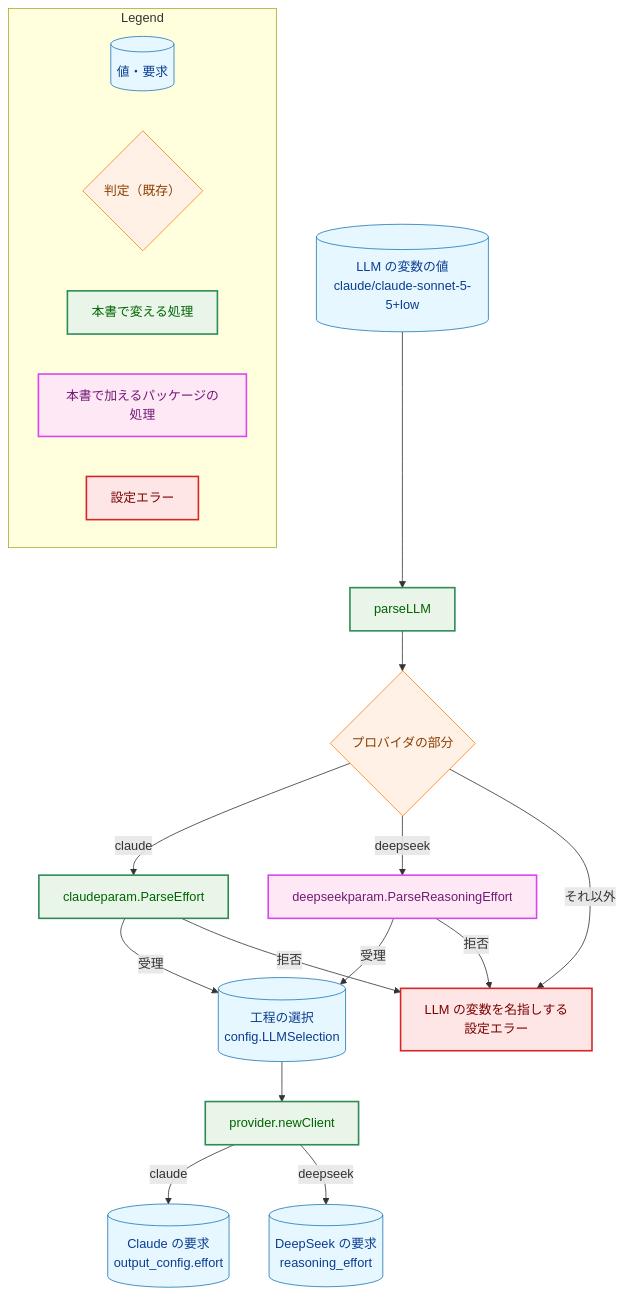
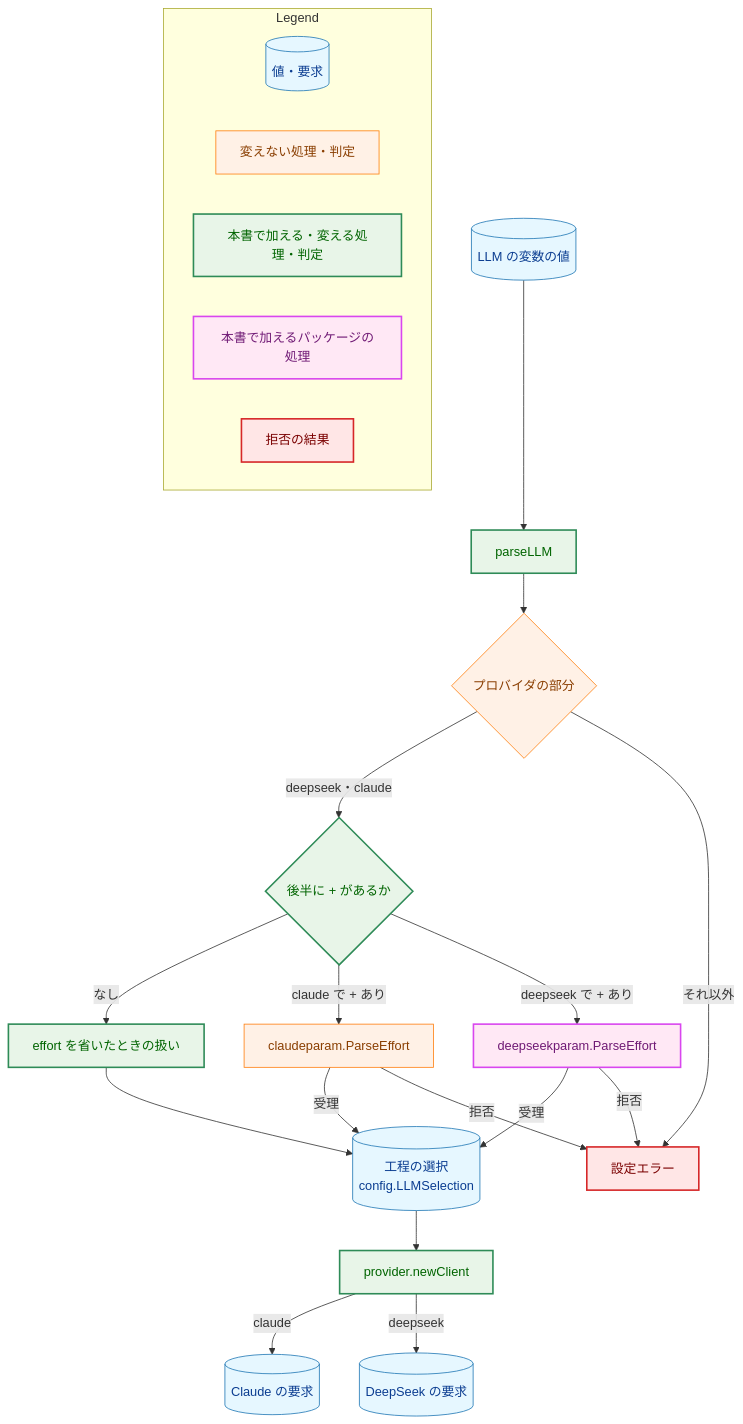
One commit to isseis/yt2column changed the first of 5 diagrams in docs/tasks/0051_llm_effort/02_architecture.md. Above: the diagram before and after it, drawn with Mermaid. The commit also changed other lines of this file, not shown here.

First line of the commit message:
docs(0051): apply the architecture and prose review fixes

````diff
--- a/docs/tasks/0051_llm_effort/02_architecture.md
+++ b/docs/tasks/0051_llm_effort/02_architecture.md
@@ -58,51 +61,56 @@
 ```mermaid
 flowchart TD
     classDef data fill:#e6f7ff,stroke:#1f77b4,stroke-width:1px,color:#0b3d91;
     classDef process fill:#fff1e6,stroke:#ff7f0e,stroke-width:1px,color:#8a3e00;
     classDef enhanced fill:#e8f5e8,stroke:#2e8b57,stroke-width:2px,color:#006400;
     classDef newpkg fill:#ffe8f5,stroke:#d946ef,stroke-width:2px,color:#701a75;
     classDef problem fill:#ffe6e6,stroke:#d62728,stroke-width:2px,color:#7b0000;
 
-    VAL[("LLM の変数の値<br>claude/claude-sonnet-5-5+low")]
+    VAL[("LLM の変数の値")]
     PARSE["parseLLM"]
     PROV{"プロバイダの部分"}
+    HASPLUS{"後半に + があるか"}
     CPARAM["claudeparam.ParseEffort"]
-    DPARAM["deepseekparam.ParseReasoningEffort"]
+    DPARAM["deepseekparam.ParseEffort"]
+    OMIT["effort を省いたときの扱い"]
     SEL[("工程の選択<br>config.LLMSelection")]
-    ERR["LLM の変数を名指しする<br>設定エラー"]
+    ERR["設定エラー"]
     BUILD["provider.newClient"]
-    CREQ[("Claude の要求<br>output_config.effort")]
-    DREQ[("DeepSeek の要求<br>reasoning_effort")]
+    CREQ[("Claude の要求")]
+    DREQ[("DeepSeek の要求")]
 
     VAL --> PARSE
     PARSE --> PROV
-    PROV -->|"claude"| CPARAM
-    PROV -->|"deepseek"| DPARAM
+    PROV -->|"deepseek・claude"| HASPLUS
     PROV -->|"それ以外"| ERR
+    HASPLUS -->|"なし"| OMIT
+    HASPLUS -->|"claude で + あり"| CPARAM
+    HASPLUS -->|"deepseek で + あり"| DPARAM
+    OMIT --> SEL
     CPARAM -->|"受理"| SEL
     DPARAM -->|"受理"| SEL
     CPARAM -->|"拒否"| ERR
     DPARAM -->|"拒否"| ERR
     SEL --> BUILD
     BUILD -->|"claude"| CREQ
     BUILD -->|"deepseek"| DREQ
 
     class VAL,SEL,CREQ,DREQ data
-    class PROV process
-    class PARSE,BUILD,CPARAM enhanced
+    class PROV,CPARAM process
+    class PARSE,HASPLUS,OMIT,BUILD enhanced
     class DPARAM newpkg
     class ERR problem
 
     subgraph Legend["Legend"]
         L1[("値・要求")]
-        L2{"判定（既存）"}
-        L3["本書で変える処理"]
+        L2["変えない処理・判定"]
+        L3["本書で加える・変える処理・判定"]
         L4["本書で加えるパッケージの処理"]
-        L5["設定エラー"]
+        L5["拒否の結果"]
     end
     class L1 data
     class L2 process
     class L3 enhanced
     class L4 newpkg
     class L5 problem
 ```
````
